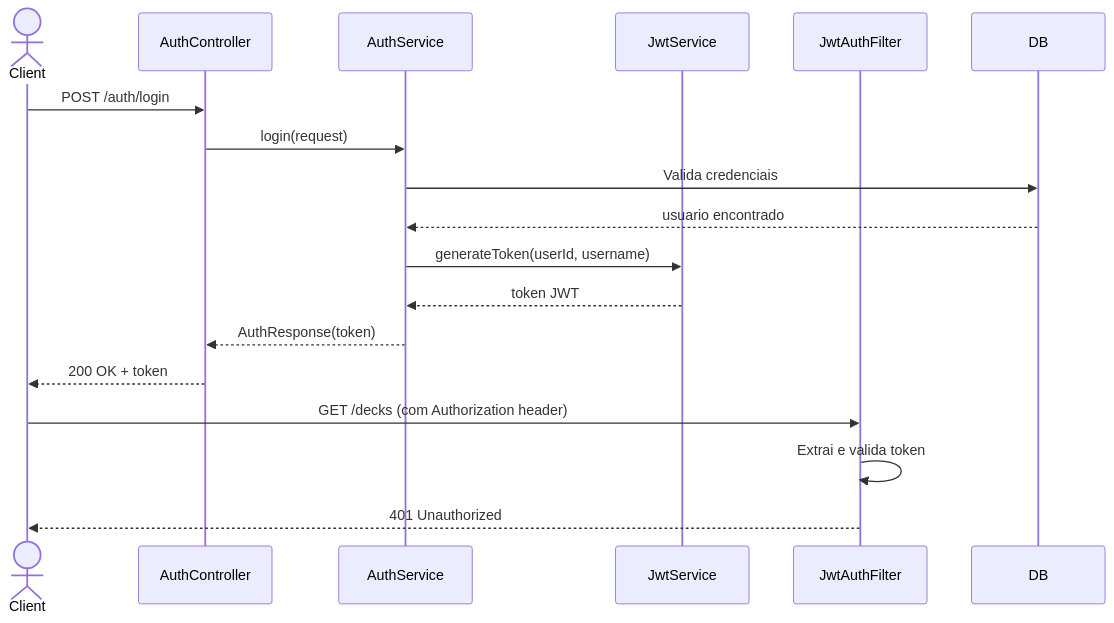
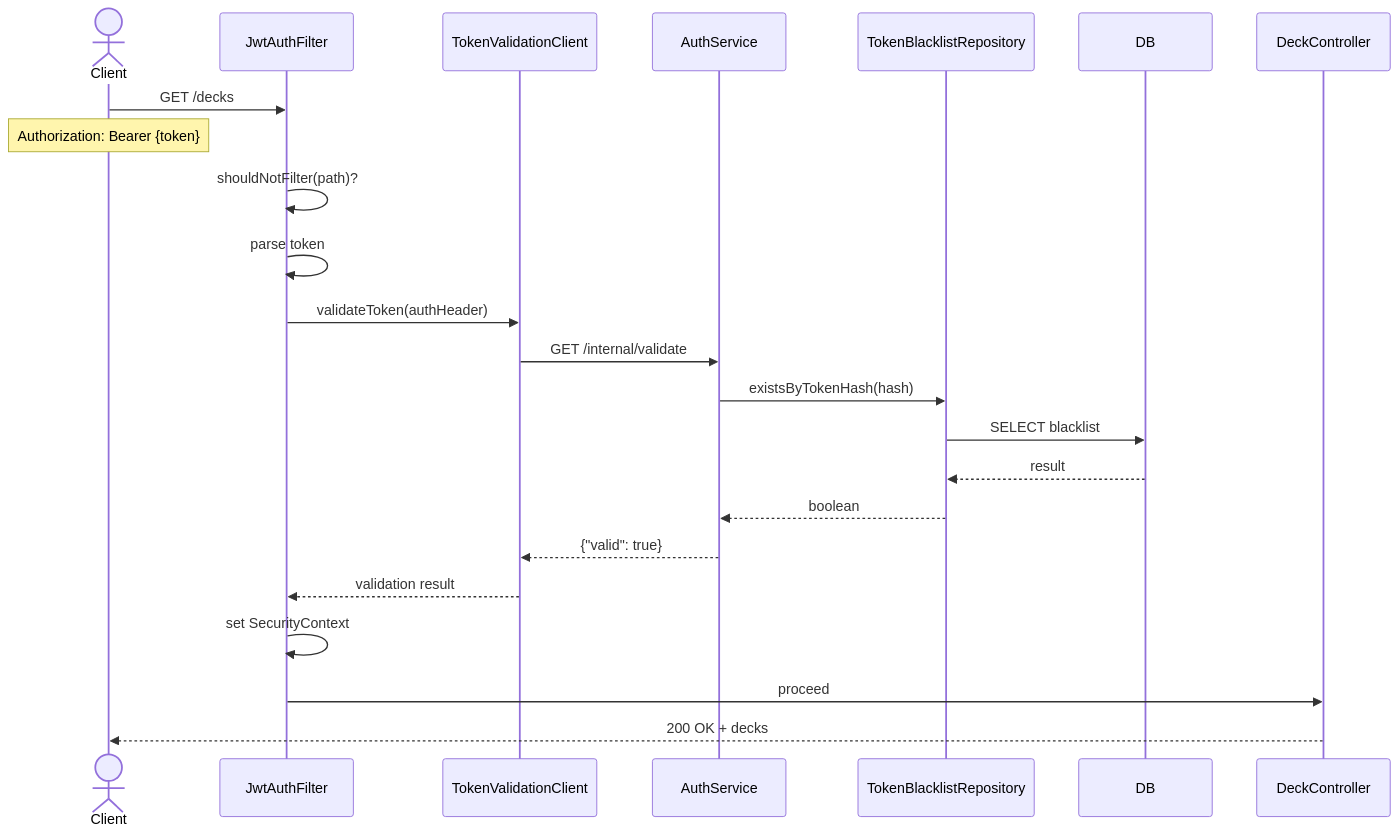
Before and after one commit to odevpedro/yu-gi-oh-deck-management: the third of 9 diagrams in docs/system-feature-flows.md, drawn with Mermaid. The commit also changed other lines of this file and 31 other files, not shown here.

First line of the commit message:
feat: implementa autenticacao JWT com refresh token e blacklist

````diff
--- a/docs/system-feature-flows.md
+++ b/docs/system-feature-flows.md
@@ -197,22 +398,25 @@
 ```mermaid
 sequenceDiagram
     actor Client
-    participant AuthController
+    participant JwtAuthFilter
+    participant TokenValidationClient
     participant AuthService
-    participant JwtService
-    participant JwtAuthFilter
+    participant TokenBlacklistRepository
     participant DB
 
-    Client->>AuthController: POST /auth/login
-    AuthController->>AuthService: login(request)
-    AuthService->>DB: Valida credenciais
-    DB-->>AuthService: usuario encontrado
-    AuthService->>JwtService: generateToken(userId, username)
-    JwtService-->>AuthService: token JWT
-    AuthService-->>AuthController: AuthResponse(token)
-    AuthController-->>Client: 200 OK + token
-
-    Client->>JwtAuthFilter: GET /decks (com Authorization header)
-    JwtAuthFilter->>JwtAuthFilter: Extrai e valida token
-    JwtAuthFilter-->>Client: 401 Unauthorized
+    Client->>JwtAuthFilter: GET /decks
+    Note over Client: Authorization: Bearer {token}
+    JwtAuthFilter->>JwtAuthFilter: shouldNotFilter(path)?
+    JwtAuthFilter->>JwtAuthFilter: parse token
+    JwtAuthFilter->>TokenValidationClient: validateToken(authHeader)
+    TokenValidationClient->>AuthService: GET /internal/validate
+    AuthService->>TokenBlacklistRepository: existsByTokenHash(hash)
+    TokenBlacklistRepository->>DB: SELECT blacklist
+    DB-->>TokenBlacklistRepository: result
+    TokenBlacklistRepository-->>AuthService: boolean
+    AuthService-->>TokenValidationClient: {"valid": true}
+    TokenValidationClient-->>JwtAuthFilter: validation result
+    JwtAuthFilter->>JwtAuthFilter: set SecurityContext
+    JwtAuthFilter->>DeckController: proceed
+    DeckController-->>Client: 200 OK + decks
 ```
````
